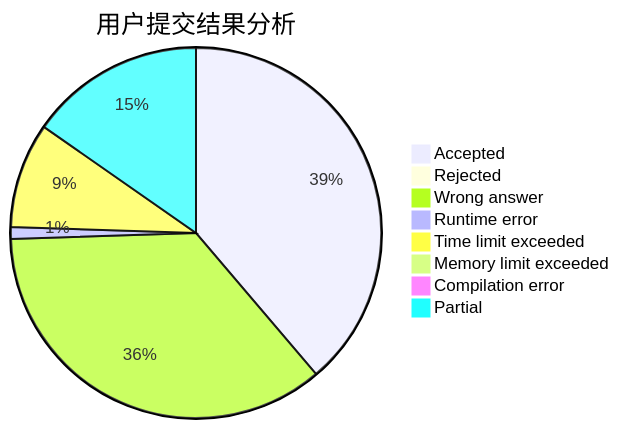
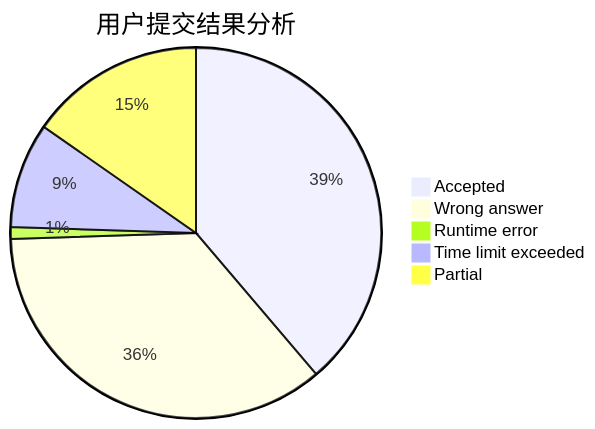
Before and after one commit to sherpahu/cfrs.github.io: the first of 3 diagrams in docs/user/u634.md, drawn with Mermaid. The commit also changed other lines of this file and 2770 other files, not shown here.

````diff
--- a/docs/user/u634.md
+++ b/docs/user/u634.md
@@ -5,11 +5,8 @@
 ```mermaid
 pie title 用户提交结果分析
     "Accepted" :  38
-    "Rejected" :  0
     "Wrong answer" :  35
     "Runtime error" :  1
     "Time limit exceeded" :  9
-    "Memory limit exceeded" :  0
-    "Compilation error" :  0
     "Partial" :  15
 ```
````
